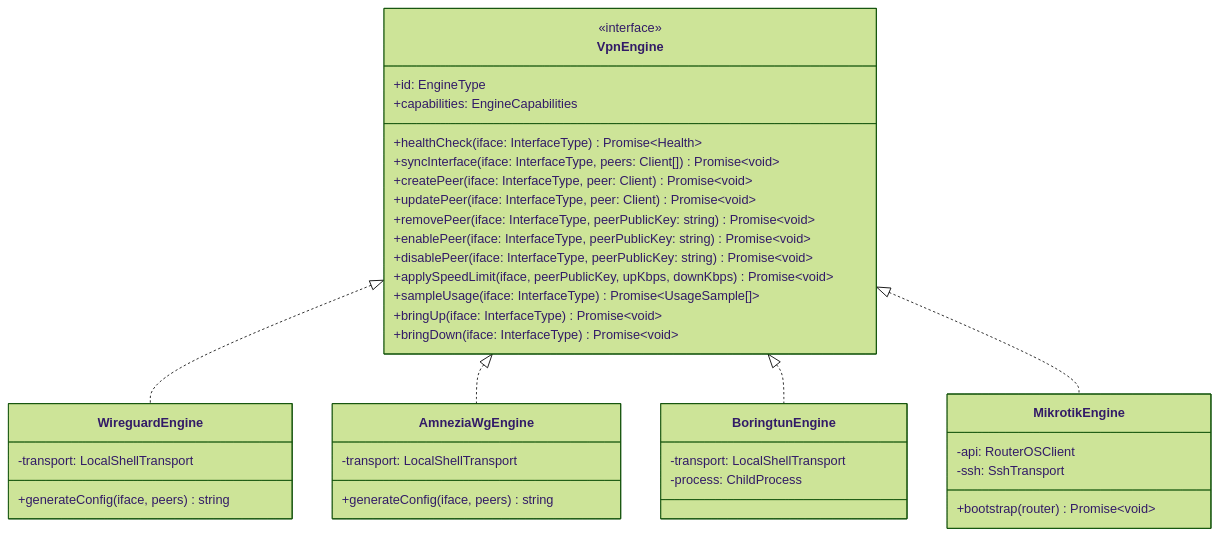
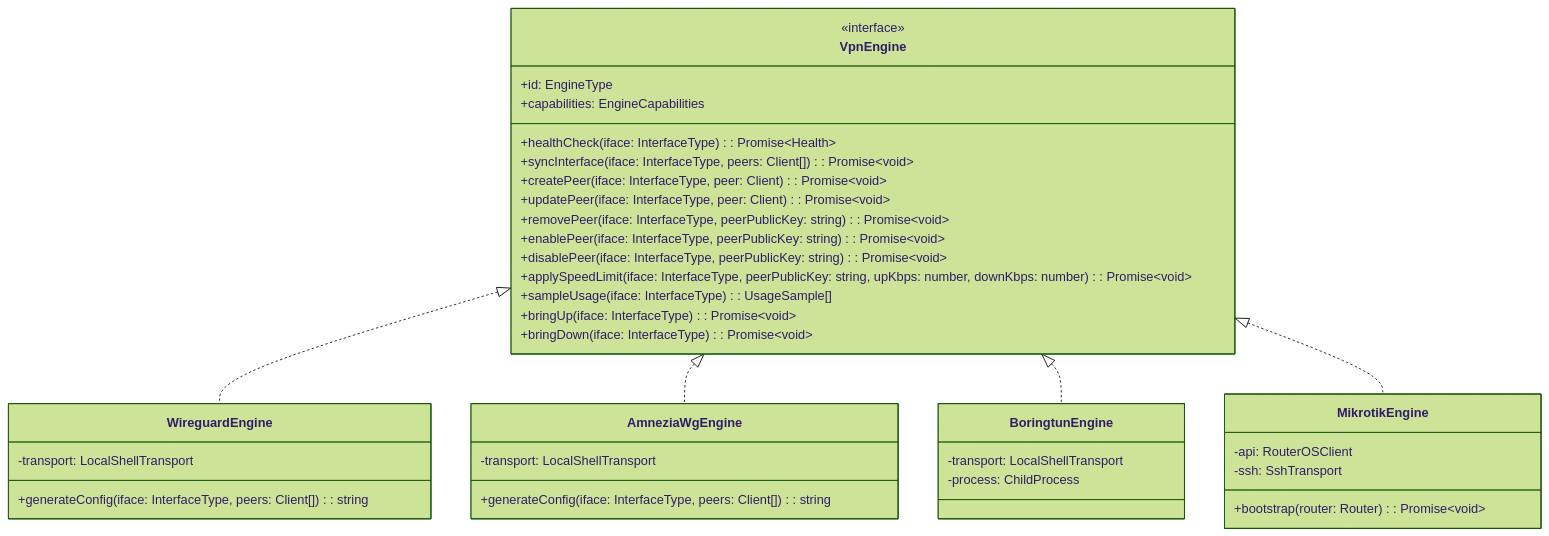
Before and after one commit to manawenuz/wg-easy: the third of 12 diagrams in docs/obsidian/architecture.md, drawn with Mermaid (forest theme). The commit also changed other lines of this file and 20 other files, not shown here.

````diff
--- a/docs/obsidian/architecture.md
+++ b/docs/obsidian/architecture.md
@@ -86,42 +86,42 @@
 ```mermaid
 classDiagram
     class VpnEngine {
         <<interface>>
         +id: EngineType
         +capabilities: EngineCapabilities
-        +healthCheck(iface: InterfaceType) Promise~Health~
-        +syncInterface(iface: InterfaceType, peers: Client[]) Promise~void~
-        +createPeer(iface: InterfaceType, peer: Client) Promise~void~
-        +updatePeer(iface: InterfaceType, peer: Client) Promise~void~
-        +removePeer(iface: InterfaceType, peerPublicKey: string) Promise~void~
-        +enablePeer(iface: InterfaceType, peerPublicKey: string) Promise~void~
-        +disablePeer(iface: InterfaceType, peerPublicKey: string) Promise~void~
-        +applySpeedLimit(iface, peerPublicKey, upKbps, downKbps) Promise~void~
-        +sampleUsage(iface: InterfaceType) Promise~UsageSample[]~
-        +bringUp(iface: InterfaceType) Promise~void~
-        +bringDown(iface: InterfaceType) Promise~void~
+        +healthCheck(iface: InterfaceType): Promise~Health~
+        +syncInterface(iface: InterfaceType, peers: Client[]): Promise~void~
+        +createPeer(iface: InterfaceType, peer: Client): Promise~void~
+        +updatePeer(iface: InterfaceType, peer: Client): Promise~void~
+        +removePeer(iface: InterfaceType, peerPublicKey: string): Promise~void~
+        +enablePeer(iface: InterfaceType, peerPublicKey: string): Promise~void~
+        +disablePeer(iface: InterfaceType, peerPublicKey: string): Promise~void~
+        +applySpeedLimit(iface: InterfaceType, peerPublicKey: string, upKbps: number, downKbps: number): Promise~void~
+        +sampleUsage(iface: InterfaceType): UsageSample[]
+        +bringUp(iface: InterfaceType): Promise~void~
+        +bringDown(iface: InterfaceType): Promise~void~
     }
 
     class WireguardEngine {
         -transport: LocalShellTransport
-        +generateConfig(iface, peers) string
+        +generateConfig(iface: InterfaceType, peers: Client[]): string
     }
     class AmneziaWgEngine {
         -transport: LocalShellTransport
-        +generateConfig(iface, peers) string
+        +generateConfig(iface: InterfaceType, peers: Client[]): string
     }
     class BoringtunEngine {
         -transport: LocalShellTransport
         -process: ChildProcess
     }
     class MikrotikEngine {
         -api: RouterOSClient
         -ssh: SshTransport
-        +bootstrap(router) Promise~void~
+        +bootstrap(router: Router): Promise~void~
     }
 
     VpnEngine <|.. WireguardEngine
     VpnEngine <|.. AmneziaWgEngine
     VpnEngine <|.. BoringtunEngine
     VpnEngine <|.. MikrotikEngine
 ```
````
